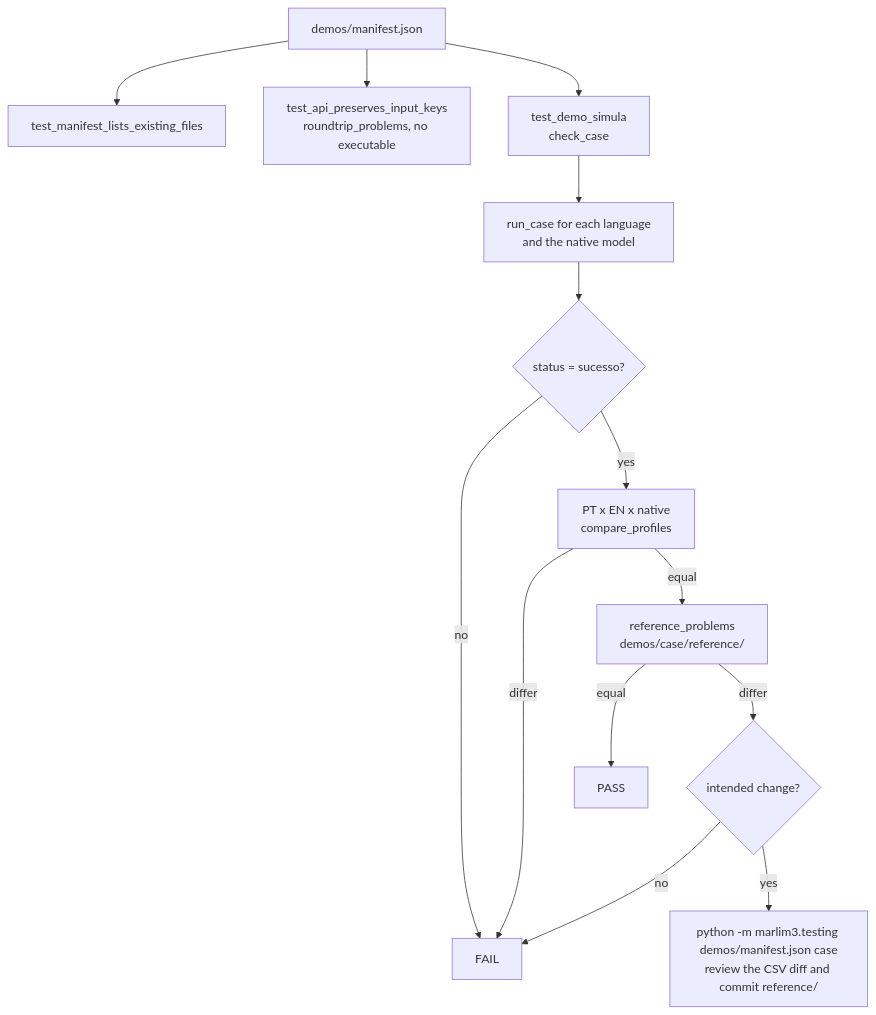
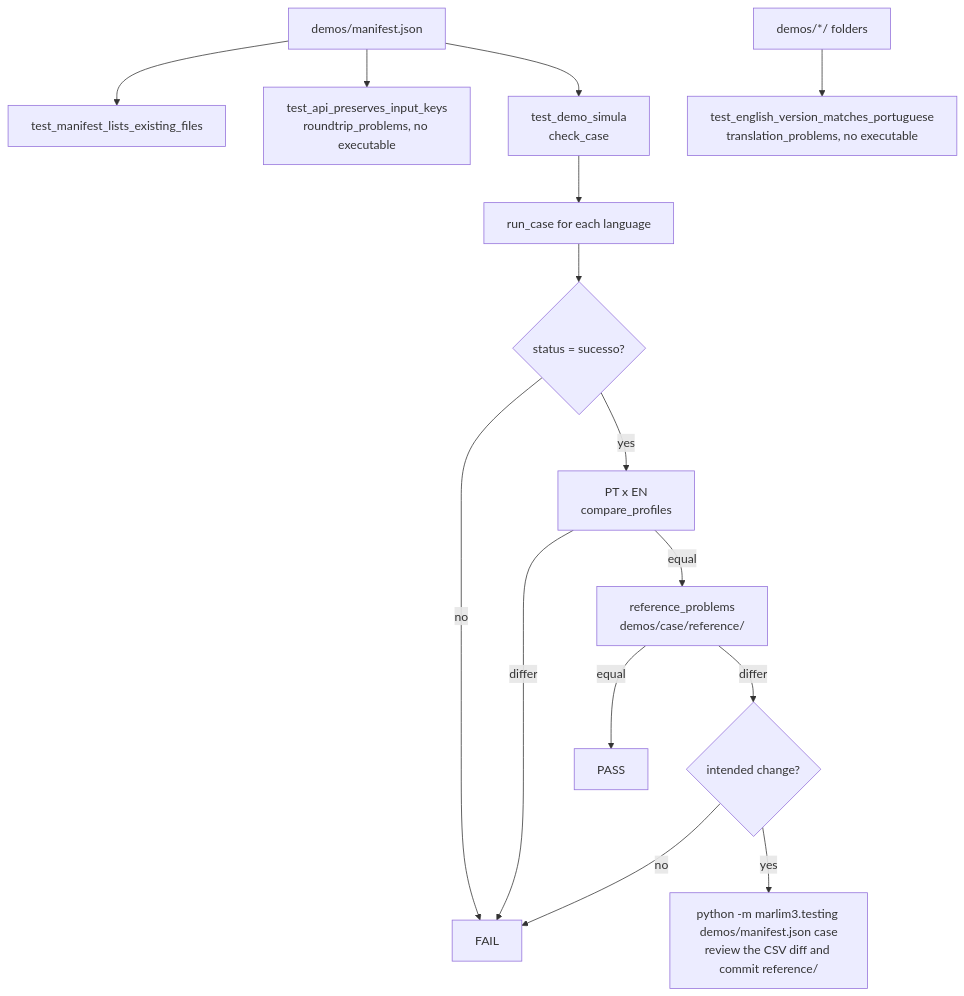
One commit to petrobras/marlim3 changed the diagram in tools/tests/README.md. Above: the diagram before and after it, drawn with Mermaid. The commit also changed other lines of this file and 11 other files, not shown here.

First line of the commit message:
refactor(testing): check the English versions of the demos statically and drop "native"

````diff
--- a/tools/tests/README.md
+++ b/tools/tests/README.md
@@ -57,16 +61,17 @@
 ```mermaid
 flowchart TD
     M[demos/manifest.json] --> A[test_manifest_lists_existing_files]
     M --> B[test_api_preserves_input_keys<br/>roundtrip_problems, no executable]
+    T[demos/*/ folders] --> N[test_english_version_matches_portuguese<br/>translation_problems, no executable]
     M --> C[test_demo_simula<br/>check_case]
-    C --> D[run_case for each language<br/>and the native model]
+    C --> D[run_case for each language]
     D --> E{status = sucesso?}
     E -- no --> X[FAIL]
-    E -- yes --> F[PT x EN x native<br/>compare_profiles]
+    E -- yes --> F[PT x EN<br/>compare_profiles]
     F -- differ --> X
     F -- equal --> G[reference_problems<br/>demos/case/reference/]
     G -- equal --> OK[PASS]
     G -- differ --> H{intended change?}
     H -- no --> X
     H -- yes --> U[python -m marlim3.testing demos/manifest.json case<br/>review the CSV diff and commit reference/]
 ```
````
